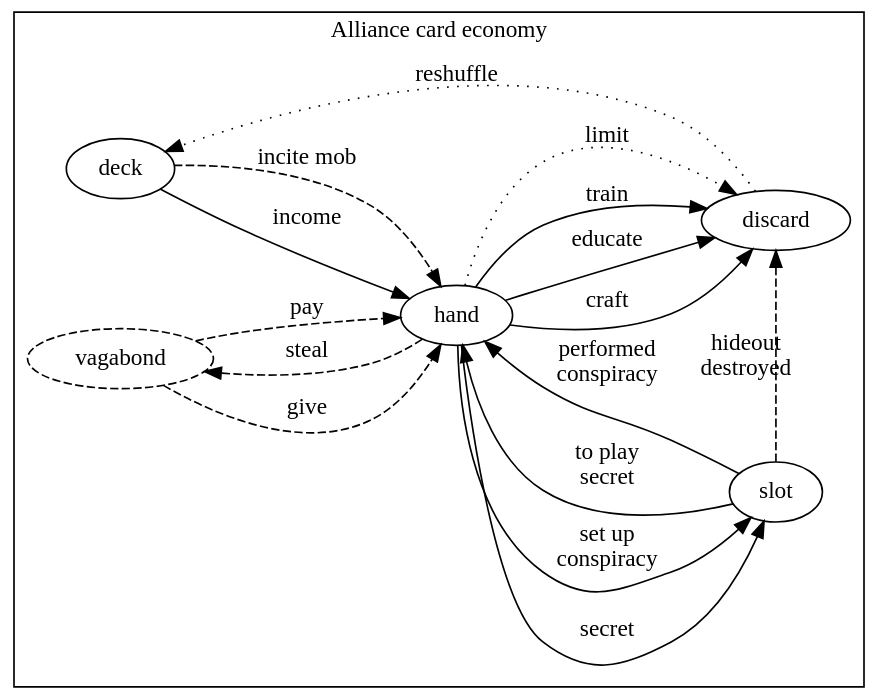
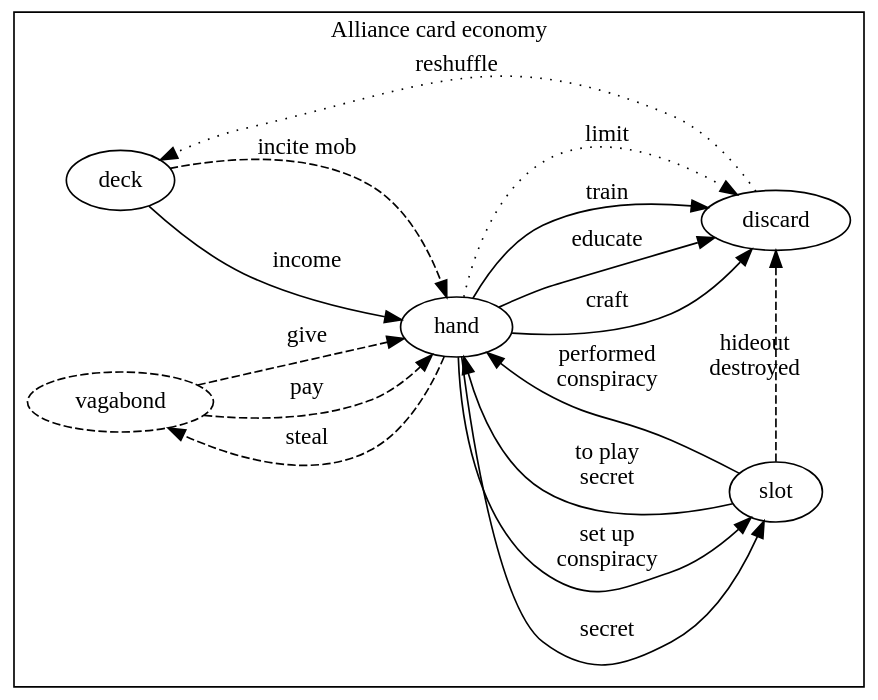
The diagram in diagrams/alliance-cards.dot (krawaller/root), drawn with Graphviz before and after one commit. The commit also changed 1 other file, not shown here.

Commit message:
nicify alliance card diagram

```diff
--- a/diagrams/alliance-cards.dot
+++ b/diagrams/alliance-cards.dot
@@ -1,41 +1,42 @@
 digraph {
   rankdir = LR;
   bgcolor = transparent;
 
   subgraph cluster_alliancecards {
 
     label = "Alliance card economy\n "
 
     deck -> hand [label="income"]
+    deck -> hand [label="income" color=transparent fontcolor=transparent]
 
     hand -> discard [label="limit" style=dotted]
 
     hand -> discard [label="craft"]
 
     hand -> discard [label="educate"]
 
     hand -> discard [label="train"]
 
     slot -> hand [label="to play\nsecret"]
 
     hand -> slot [label="secret"]
 
     hand -> slot [label="set up\nconspiracy"]
 
     slot -> hand [label="performed\nconspiracy"]
 
-    slot -> discard [label="hideout\ndestroyed" style=dashed]
+    slot -> discard [label="    hideout\n    destroyed" style=dashed]
 
     deck -> hand [label="incite mob" style=dashed]
 
     discard -> deck [label="reshuffle" style=dotted]
 
     vagabond [style=dashed]
     vagabond -> hand [label="pay" style=dashed]
     vagabond -> hand [label="give" style=dashed]
     hand -> vagabond [label="steal" style=dashed]
 
     {rank=same; deck, vagabond}
     {rank=same; slot, discard}
   }
 }
```
